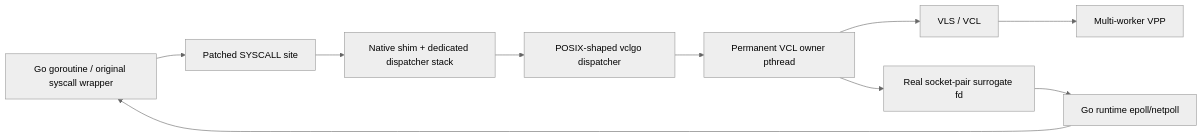
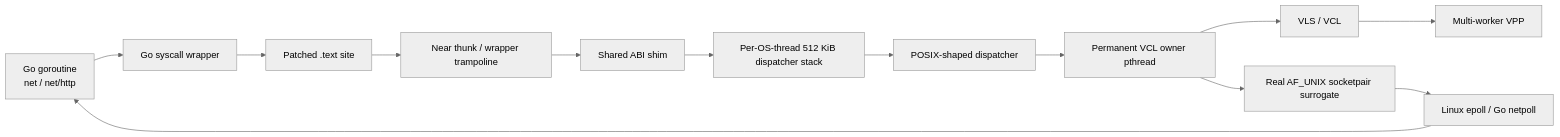
The diagram in README.md (aritrbas/vclgo), drawn with Mermaid (neutral theme) before and after one commit. The commit also changed other lines of this file and 32 other files, not shown here.

````diff
--- a/README.md
+++ b/README.md
@@ -47,12 +37,15 @@
-```mermaid
+~~~mermaid
 flowchart LR
-    G["Go goroutine / original syscall wrapper"] --> P["Patched SYSCALL site"]
-    P --> S["Native shim + dedicated dispatcher stack"]
-    S --> D["POSIX-shaped vclgo dispatcher"]
+    G["Go goroutine<br/>net / net/http"] --> W["Go syscall wrapper"]
+    W --> P["Patched .text site"]
+    P --> T["Near thunk / wrapper trampoline"]
+    T --> S["Shared ABI shim"]
+    S --> B["Per-OS-thread 512 KiB dispatcher stack"]
+    B --> D["POSIX-shaped dispatcher"]
     D --> O["Permanent VCL owner pthread"]
     O --> L["VLS / VCL"]
     L --> V["Multi-worker VPP"]
-    O --> F["Real socket-pair surrogate fd"]
-    F --> N["Go runtime epoll/netpoll"]
+    O --> F["Real AF_UNIX socketpair surrogate"]
+    F --> N["Linux epoll / Go netpoll"]
     N --> G
-```
+~~~
````
